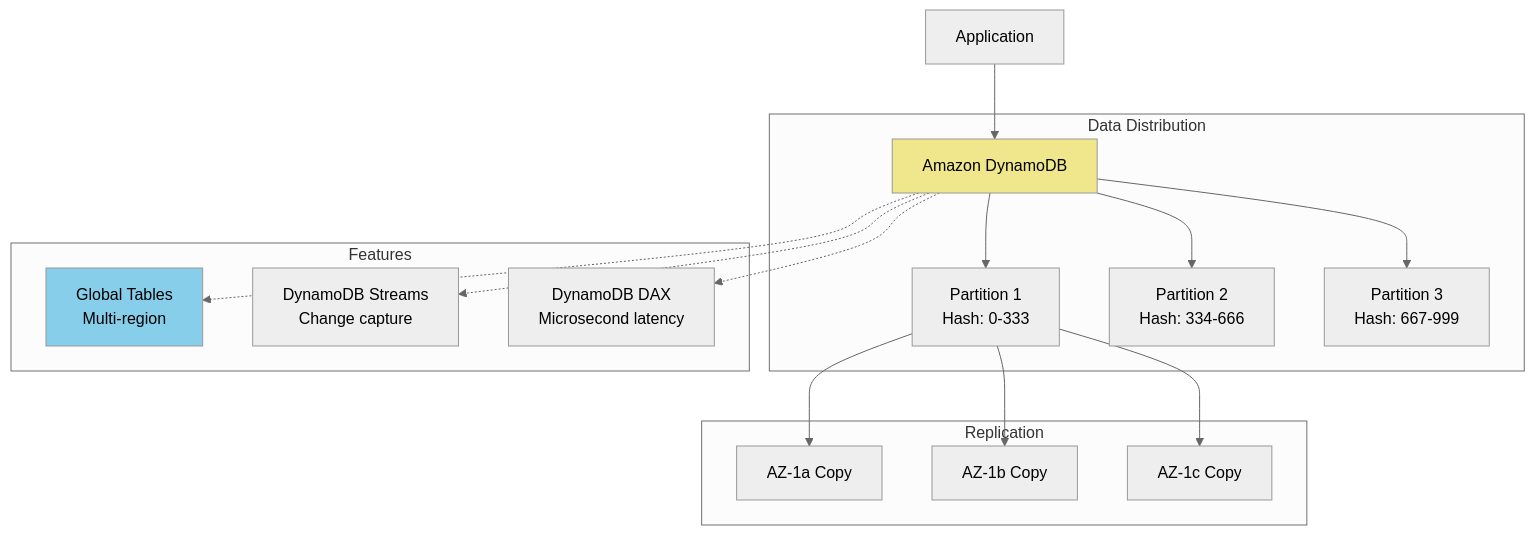
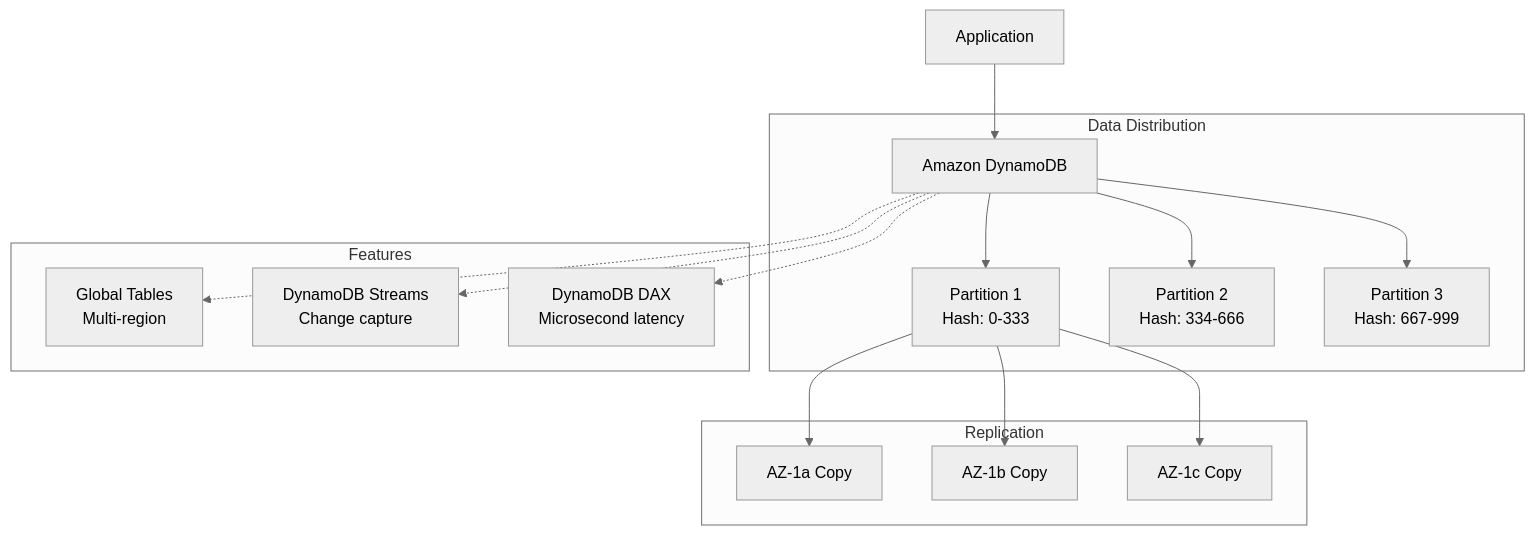
One commit to Ritahchanger/system_design changed the sixth of 15 diagrams in databases/docs/nosql.md. Above: the diagram before and after it, drawn with Mermaid (neutral theme). The commit also changed other lines of this file and 5 other files, not shown here.

Commit message:
Updated visual diagrams and added readme for database case studies

````diff
--- a/databases/docs/nosql.md
+++ b/databases/docs/nosql.md
@@ -242,29 +237,27 @@
 ```mermaid
 graph TB
     App[Application] --> DynamoDB[Amazon DynamoDB]
     
     subgraph "Data Distribution"
         DynamoDB --> Partition1[Partition 1<br/>Hash: 0-333]
         DynamoDB --> Partition2[Partition 2<br/>Hash: 334-666]
         DynamoDB --> Partition3[Partition 3<br/>Hash: 667-999]
     end
     
     subgraph "Replication"
         Partition1 --> AZ1A[AZ-1a Copy]
         Partition1 --> AZ1B[AZ-1b Copy]
         Partition1 --> AZ1C[AZ-1c Copy]
     end
     
     subgraph "Features"
         GlobalTables[Global Tables<br/>Multi-region]
         DynamoStreams[DynamoDB Streams<br/>Change capture]
         DAX[DynamoDB DAX<br/>Microsecond latency]
     end
     
     DynamoDB -.-> GlobalTables
     DynamoDB -.-> DynamoStreams
     DynamoDB -.-> DAX
     
-    style DynamoDB fill:#F0E68C
-    style GlobalTables fill:#87CEEB
 ```
````
